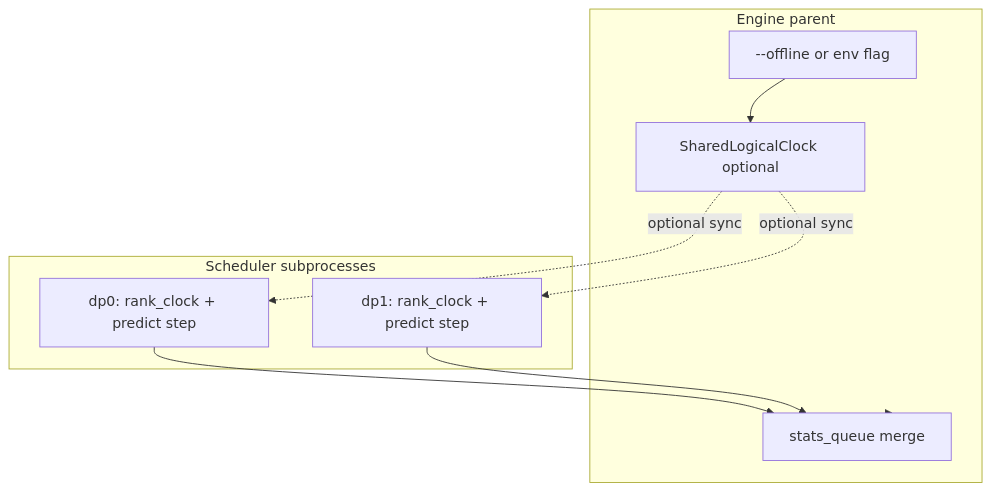
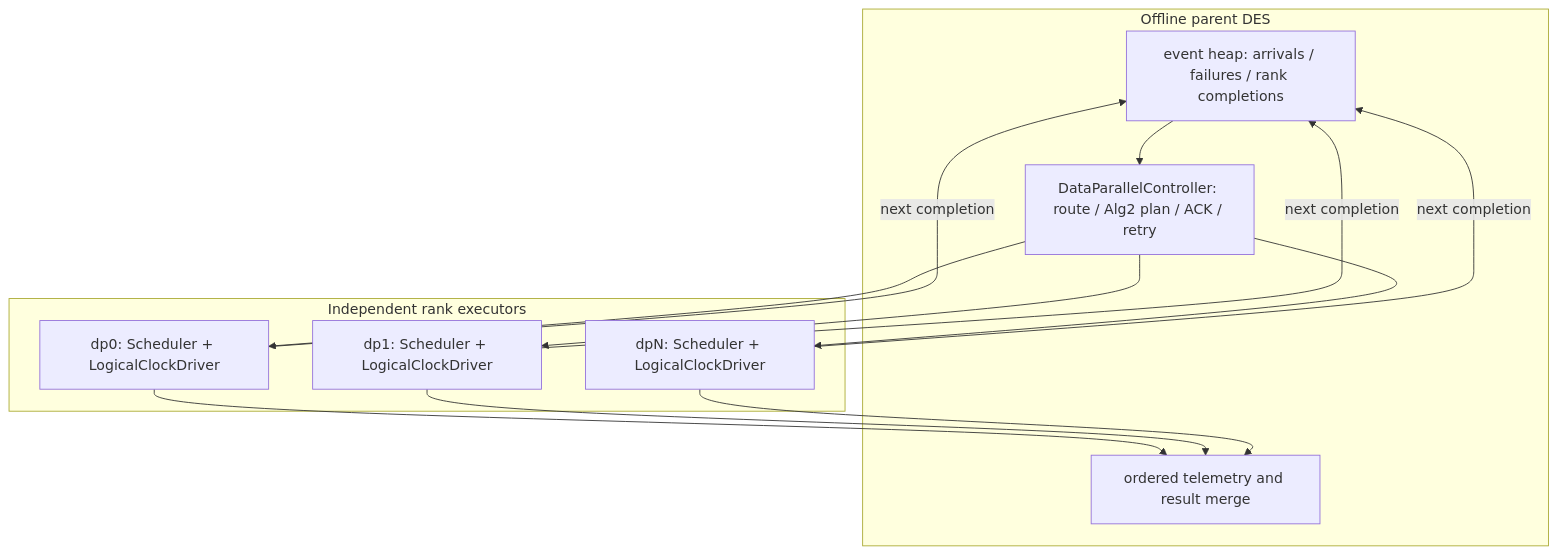
Before and after one commit to Extious/sglsim: the diagram in docs/todo/offline-simulate-design.md, drawn with Mermaid. The commit also changed other lines of this file and 1438 other files, not shown here.

````diff
--- a/docs/todo/offline-simulate-design.md
+++ b/docs/todo/offline-simulate-design.md
@@ -42,18 +57,23 @@
 ```mermaid
 flowchart TB
-  subgraph parent [Engine parent]
-    CLI["--offline or env flag"]
-    GC["SharedLogicalClock optional"]
-    SQ["stats_queue merge"]
+  subgraph parent [Offline parent DES]
+    EH["event heap: arrivals / failures / rank completions"]
+    DPC["DataParallelController: route / Alg2 plan / ACK / retry"]
+    OUT["ordered telemetry and result merge"]
   end
-  subgraph ranks [Scheduler subprocesses]
-    R0["dp0: rank_clock + predict step"]
-    R1["dp1: rank_clock + predict step"]
+  subgraph ranks [Independent rank executors]
+    R0["dp0: Scheduler + LogicalClockDriver"]
+    R1["dp1: Scheduler + LogicalClockDriver"]
+    RN["dpN: Scheduler + LogicalClockDriver"]
   end
-  CLI --> GC
-  GC -.->|optional sync| R0
-  GC -.->|optional sync| R1
-  R0 --> SQ
-  R1 --> SQ
-  SQ --> parent
+  EH --> DPC
+  DPC --> R0
+  DPC --> R1
+  DPC --> RN
+  R0 -->|next completion| EH
+  R1 -->|next completion| EH
+  RN -->|next completion| EH
+  R0 --> OUT
+  R1 --> OUT
+  RN --> OUT
 ```
````
